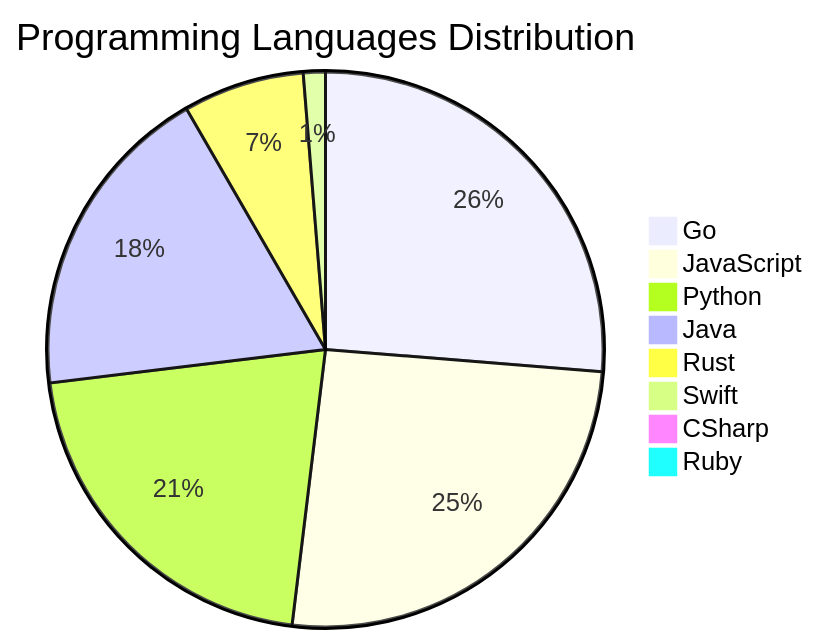
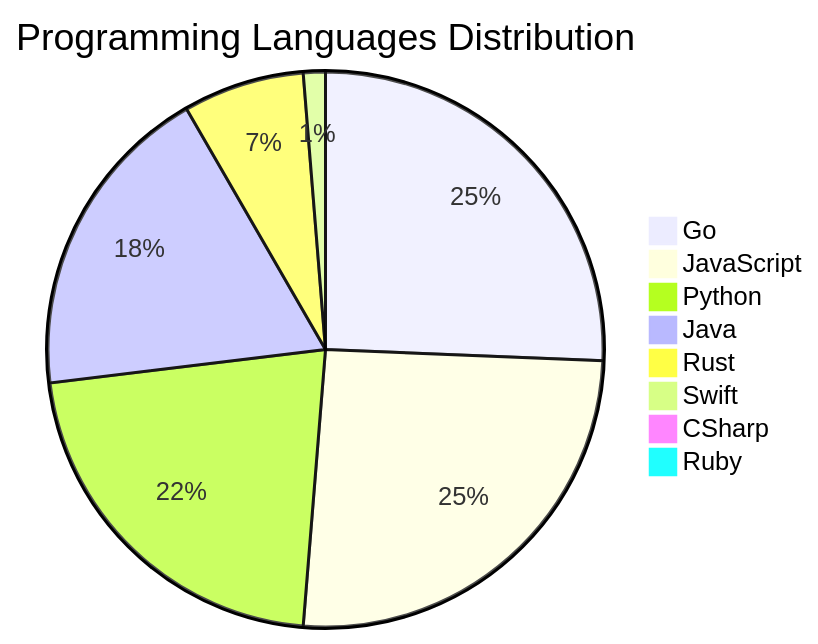
Before and after one commit to Derrick-MUGISHA/github-activity-bot: the diagram in README.md, drawn with Mermaid. The commit also changed other lines of this file and 4 other files, not shown here.

````diff
--- a/README.md
+++ b/README.md
@@ -208,11 +208,11 @@
 ```mermaid
 pie title Programming Languages Distribution
-    "Go" : 41
+    "Go" : 40
     "JavaScript" : 40
-    "Python" : 33
+    "Python" : 34
     "Java" : 29
     "Rust" : 11
     "Swift" : 2
     "CSharp" : 1
     "Ruby" : 1
 ```
````
